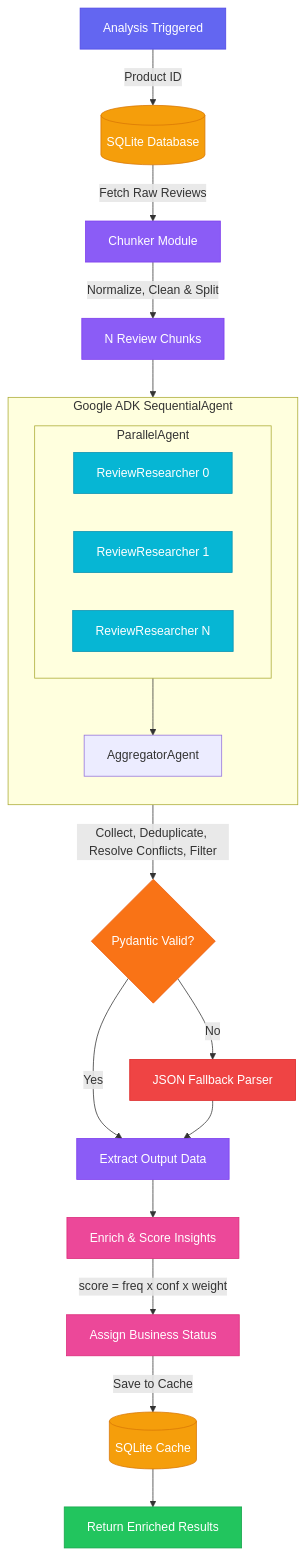
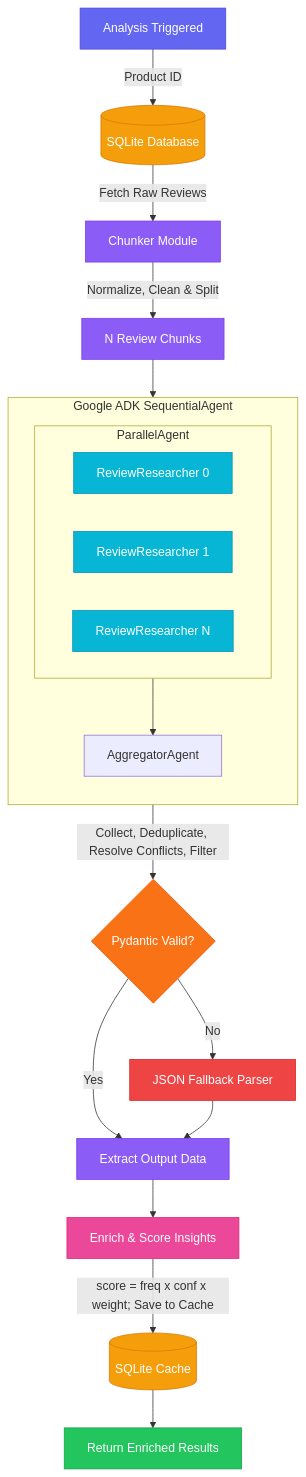
One commit to mhlohh/ai_business_insight changed the first of 2 diagrams in PROJECT_DOCUMENTATION.md. Above: the diagram before and after it, drawn with Mermaid. The commit also changed other lines of this file and 1 other file, not shown here.

Commit message:
docs: update documentation to reflect recent changes in ORM implementation and database structure

````diff
--- a/PROJECT_DOCUMENTATION.md
+++ b/PROJECT_DOCUMENTATION.md
@@ -24,39 +34,38 @@
 ```mermaid
 graph TD
     A["Analysis Triggered"]:::trigger -->|"Product ID"| DB1[("SQLite Database")]:::database
     DB1 -->|"Fetch Raw Reviews"| B["Chunker Module"]:::processing
     B -->|"Normalize, Clean & Split"| C["N Review Chunks"]:::processing
 
     C --> SEQ
 
     subgraph SEQ ["Google ADK SequentialAgent"]
         direction TB
         PAR --> AGG["AggregatorAgent"]
     end
 
     subgraph PAR ["ParallelAgent"]
         direction LR
         R0["ReviewResearcher 0"]:::agent
         R1["ReviewResearcher 1"]:::agent
         RN["ReviewResearcher N"]:::agent
     end
 
     AGG -->|"Collect, Deduplicate, Resolve Conflicts, Filter"| VAL{"Pydantic Valid?"}:::decision
     VAL -->|"Yes"| EXT["Extract Output Data"]:::processing
     VAL -->|"No"| FB["JSON Fallback Parser"]:::fallback
     FB --> EXT
 
     EXT --> ENR["Enrich & Score Insights"]:::scoring
-    ENR -->|"score = freq x conf x weight"| STATUS["Assign Business Status"]:::scoring
-    STATUS -->|"Save to Cache"| DB2[("SQLite Cache")]:::database
+    ENR -->|"score = freq x conf x weight; Save to Cache"| DB2[("SQLite Cache")]:::database
     DB2 --> OUT["Return Enriched Results"]:::result
 
     classDef trigger fill:#6366f1,stroke:#4f46e5,color:#fff
     classDef processing fill:#8b5cf6,stroke:#7c3aed,color:#fff
     classDef agent fill:#06b6d4,stroke:#0891b2,color:#fff
     classDef decision fill:#f97316,stroke:#ea580c,color:#fff
     classDef fallback fill:#ef4444,stroke:#dc2626,color:#fff
     classDef scoring fill:#ec4899,stroke:#db2777,color:#fff
     classDef result fill:#22c55e,stroke:#16a34a,color:#fff
     classDef database fill:#f59e0b,stroke:#d97706,color:#fff
 ```
````
